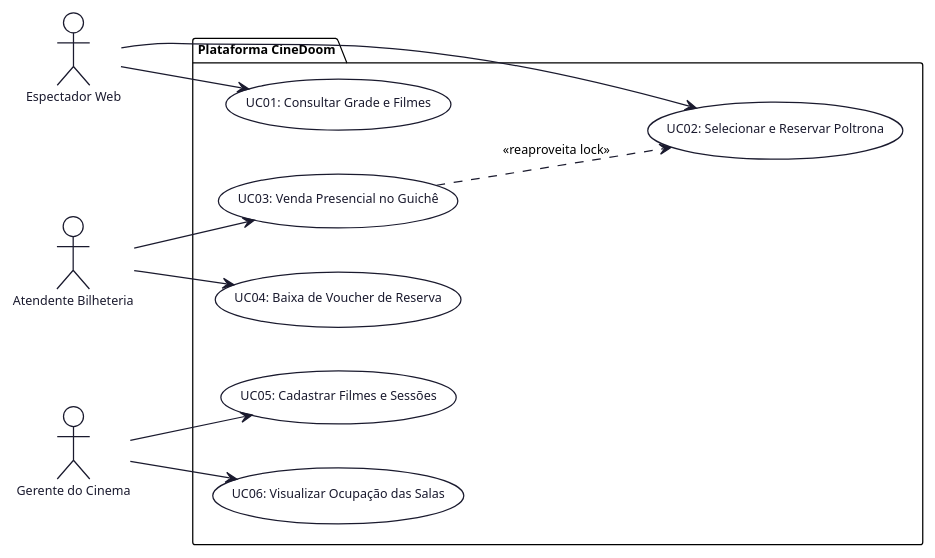
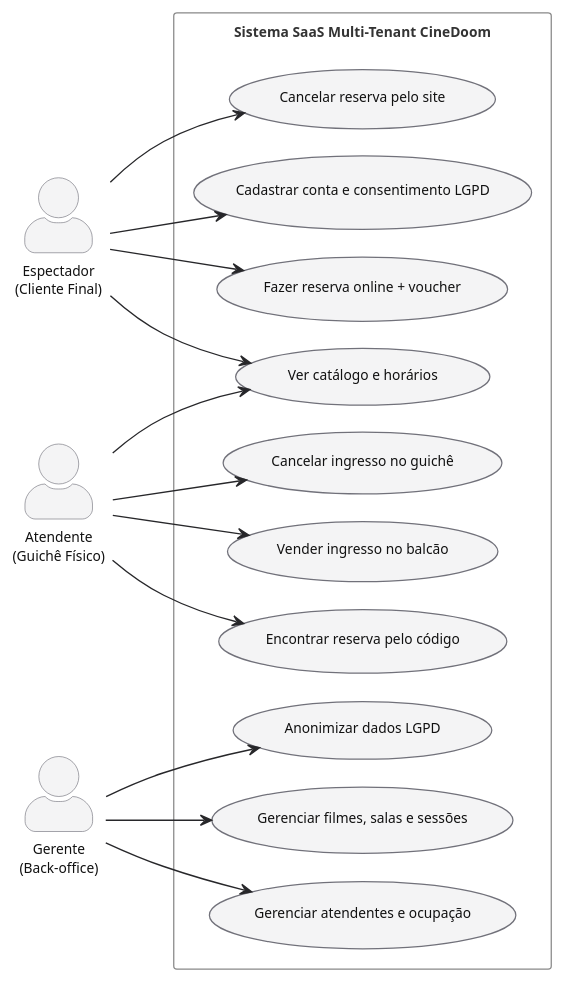
One commit to CINESOFT-SOLUTIONS/manual-processos-software changed the diagram in assets/capitulo-05/diagramas/diagrama-casos-de-uso.puml. Above: the diagram before and after it, drawn with PlantUML. The commit also changed 21 other files, not shown here.

Commit message:
Cap 5: Apenas 2 diagramas

```diff
--- a/assets/capitulo-05/diagramas/diagrama-casos-de-uso.puml
+++ b/assets/capitulo-05/diagramas/diagrama-casos-de-uso.puml
@@ -1,43 +1,72 @@
-@startuml diagrama-casos-de-uso
-!theme plain
-skinparam backgroundColor #FFFFFF
-skinparam defaultFontName Helvetica
-skinparam defaultFontSize 10
-skinparam roundCorner 4
-skinparam shadowing false
-skinparam actor {
-  BackgroundColor #FFFFFF
-  BorderColor #1A1A2E
-  FontColor #1A1A2E
-}
-skinparam usecase {
-  BackgroundColor #FFFFFF
-  BorderColor #1A1A2E
-  FontColor #1A1A2E
-}
-skinparam arrowColor #1A1A2E
-
+@startuml
 left to right direction
 
-actor "Espectador Web" as cliente
-actor "Atendente Bilheteria" as atendente
-actor "Gerente do Cinema" as gerente
+skinparam shadowing false
+skinparam backgroundColor #FFFFFF
+skinparam defaultFontName "Arial"
+skinparam defaultFontSize 11
+skinparam defaultFontColor #111111
+skinparam defaultTextAlignment center
 
-package "Plataforma CineDoom" {
-  usecase "UC01: Consultar Grade e Filmes" as UC01
-  usecase "UC02: Selecionar e Reservar Poltrona" as UC02
-  usecase "UC03: Venda Presencial no Guichê" as UC03
-  usecase "UC04: Baixa de Voucher de Reserva" as UC04
-  usecase "UC05: Cadastrar Filmes e Sessões" as UC05
-  usecase "UC06: Visualizar Ocupação das Salas" as UC06
+skinparam nodesep 22
+skinparam ranksep 65
+skinparam padding 6
+
+skinparam actorStyle awesome
+skinparam actor {
+    BackgroundColor #F4F4F5
+    BorderColor #71717A
+    FontColor #111111
 }
 
-cliente --> UC01
-cliente --> UC02
-atendente --> UC03
-atendente --> UC04
-gerente --> UC05
-gerente --> UC06
+skinparam rectangle {
+    BackgroundColor #FFFFFF
+    BorderColor #888888
+    BorderThickness 1
+    FontColor #333333
+}
 
-UC03 ..> UC02 : <<reaproveita lock>>
+skinparam usecase {
+    BackgroundColor #F4F4F5
+    BorderColor #71717A
+    BorderThickness 1
+    FontColor #111111
+}
+
+skinparam arrow {
+    Color #27272A
+    Thickness 1.1
+}
+
+actor "Espectador\n(Cliente Final)" as Esp
+actor "Atendente\n(Guichê Físico)" as Atd
+actor "Gerente\n(Back-office)" as Ger
+
+rectangle "Sistema SaaS Multi-Tenant CineDoom" {
+    usecase "Ver catálogo e horários" as UC1
+    usecase "Cadastrar conta e consentimento LGPD" as UC2
+    usecase "Fazer reserva online + voucher" as UC3
+    usecase "Cancelar reserva pelo site" as UC4
+    usecase "Vender ingresso no balcão" as UC5
+    usecase "Encontrar reserva pelo código" as UC6
+    usecase "Cancelar ingresso no guichê" as UC7
+    usecase "Gerenciar filmes, salas e sessões" as UC8
+    usecase "Gerenciar atendentes e ocupação" as UC9
+    usecase "Anonimizar dados LGPD" as UC10
+}
+
+Esp --> UC1
+Esp --> UC2
+Esp --> UC3
+Esp --> UC4
+
+Atd --> UC1
+Atd --> UC5
+Atd --> UC6
+Atd --> UC7
+
+Ger --> UC8
+Ger --> UC9
+Ger --> UC10
+
 @enduml
```
